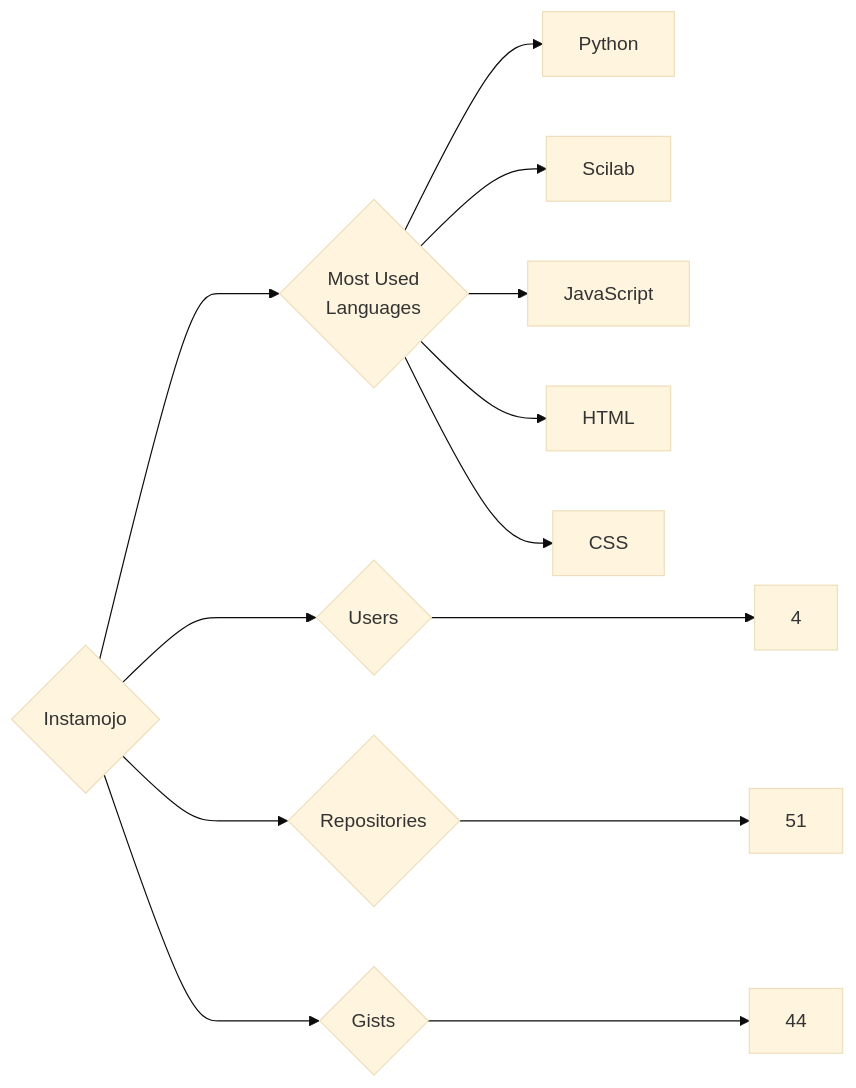
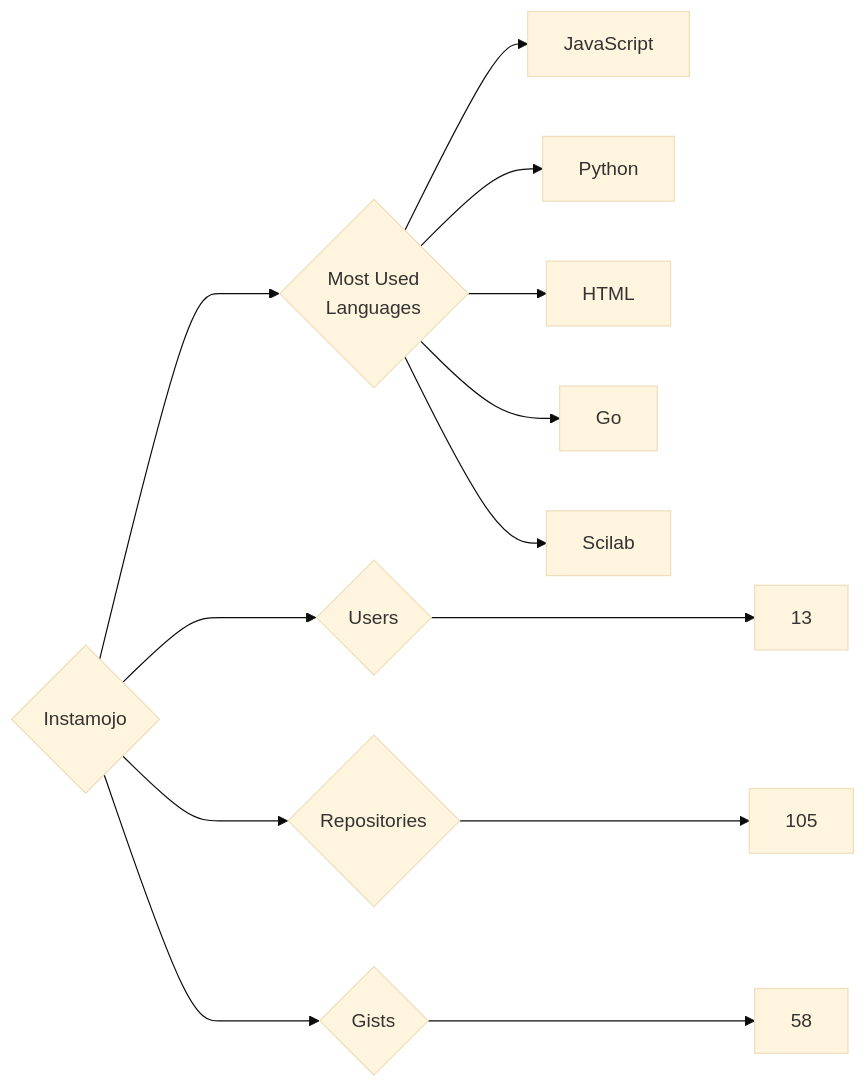
The diagram in targets/Instamojo/README.md (trickest/insiders), drawn with Mermaid (base theme) before and after one commit. The commit also changed 782 other files, not shown here.

````diff
--- a/targets/Instamojo/README.md
+++ b/targets/Instamojo/README.md
@@ -3,13 +3,13 @@
 ```mermaid
 graph LR
 COMPANY_NAME{Instamojo}
-COMPANY_NAME ---> U{Users} ---> UN[4]
-COMPANY_NAME ---> R{Repositories} ---> RN[51]
-COMPANY_NAME ---> G{Gists} ---> GN[44]
+COMPANY_NAME ---> U{Users} ---> UN[13]
+COMPANY_NAME ---> R{Repositories} ---> RN[105]
+COMPANY_NAME ---> G{Gists} ---> GN[58]
 COMPANY_NAME ---> ML{Most Used<br>Languages}
+ML --> JavaScript[JavaScript]
 ML --> Python[Python]
+ML --> HTML[HTML]
+ML --> Go[Go]
 ML --> Scilab[Scilab]
-ML --> JavaScript[JavaScript]
-ML --> HTML[HTML]
-ML --> CSS[CSS]
 ```
````
